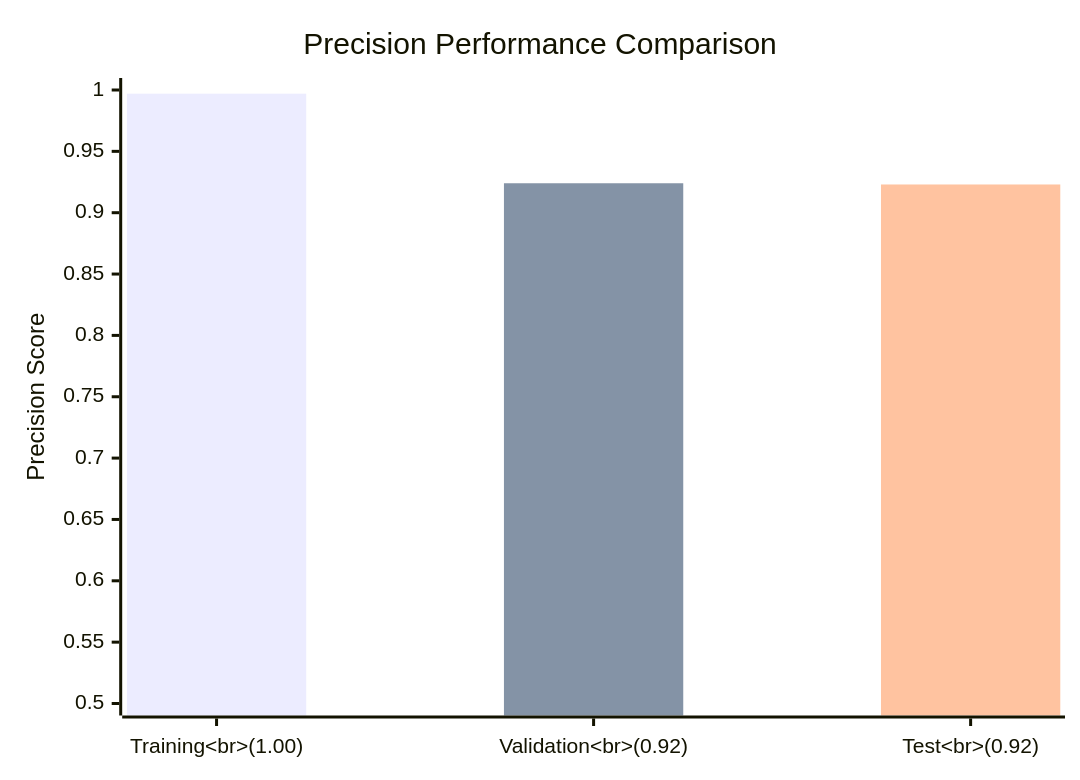
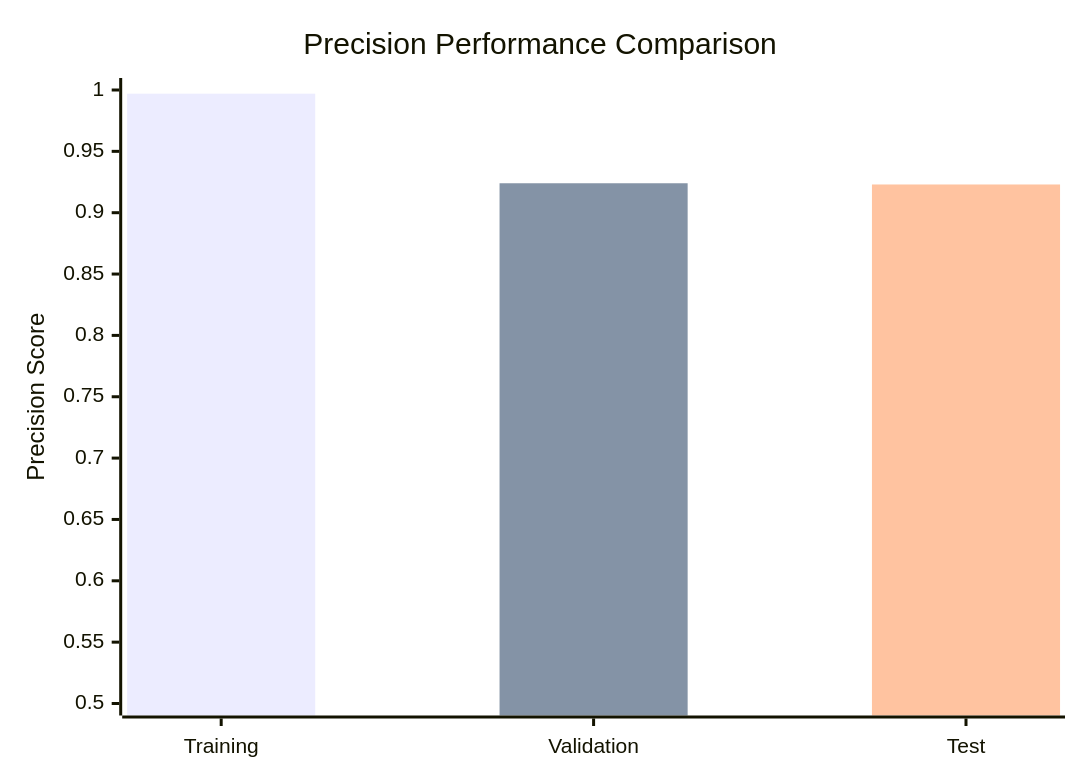
The third of 5 diagrams in README.md (Daniel-Lachner-Piza/EEG_Characterizer_HFO), drawn with Mermaid before and after one commit. The commit also changed other lines of this file, not shown here.

````diff
--- a/README.md
+++ b/README.md
@@ -64,9 +64,9 @@
 ```mermaid
 xychart-beta
     title "Precision Performance Comparison"
-    x-axis ["Training<br>(1.00)", "Validation<br>(0.92)", "Test<br>(0.92)"]
+    x-axis [Training, Validation, Test]
     y-axis "Precision Score" 0.5 --> 1.0
-    bar "Training (1.00)" [0.997, 0, 0]
-    bar "Validation (0.92)" [0, 0.924, 0]
-    bar "Test (0.92)" [0, 0, 0.923]
+    bar "Training<br>(1.00)" [0.997, 0, 0]
+    bar "Validation<br>(0.92)" [0, 0.924, 0]
+    bar "Test<br>(0.92)" [0, 0, 0.923]
 ```
````
